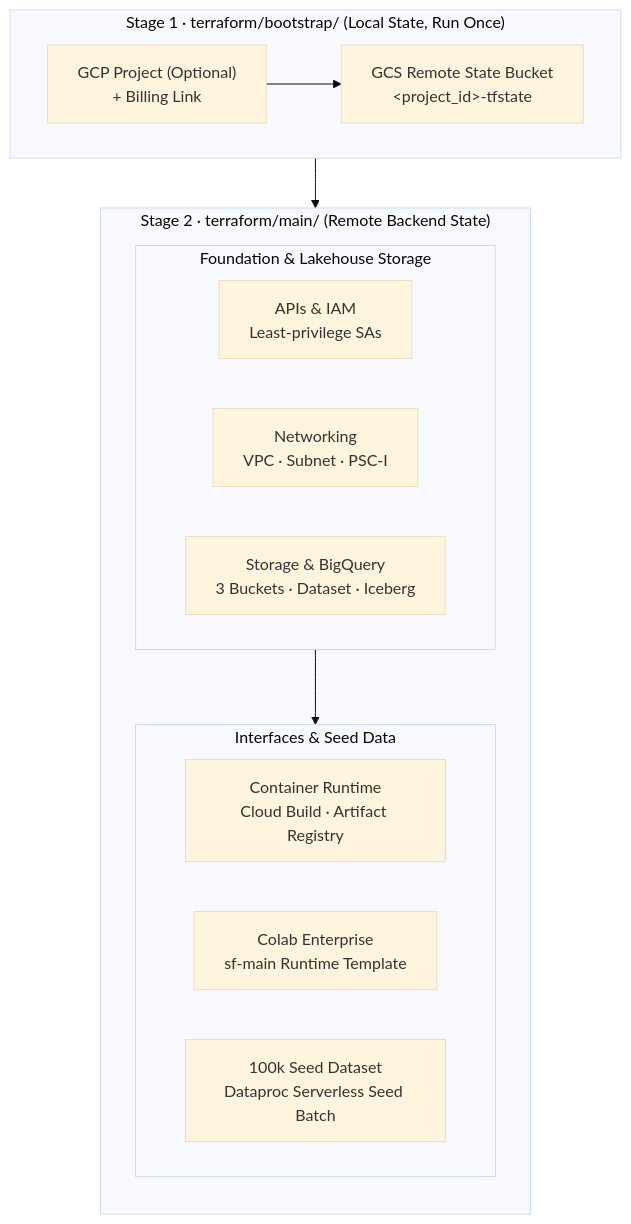
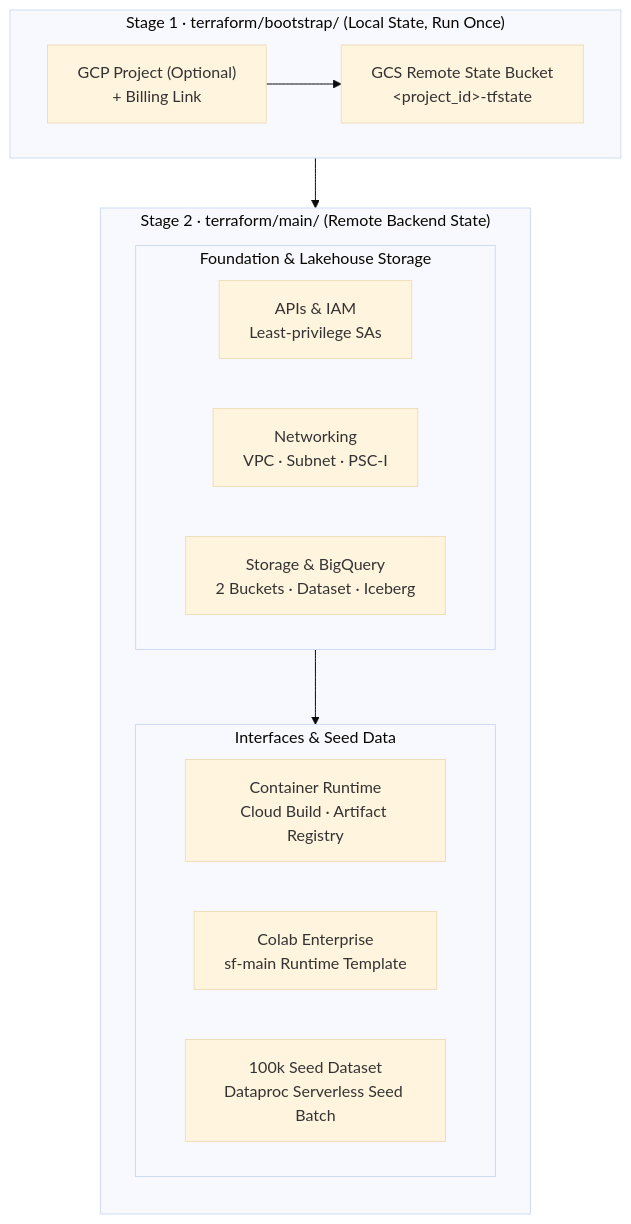
One commit to statmike/scale-forecasting changed the sixth of 6 diagrams in README.md. Above: the diagram before and after it, drawn with Mermaid (base theme). The commit also changed other lines of this file and 69 other files, not shown here.

````diff
--- a/README.md
+++ b/README.md
@@ -636,26 +646,26 @@
 ```mermaid
 flowchart TD
     subgraph Stage1["Stage 1 · terraform/bootstrap/ (Local State, Run Once)"]
         direction LR
         B1["GCP Project (Optional)<br/>+ Billing Link"] --> B2["GCS Remote State Bucket<br/>&lt;project_id&gt;-tfstate"]
     end
 
     subgraph Stage2["Stage 2 · terraform/main/ (Remote Backend State)"]
         direction TB
         subgraph Found["Foundation & Lakehouse Storage"]
             direction LR
             M1["APIs & IAM<br/>Least-privilege SAs"]
             M2["Networking<br/>VPC · Subnet · PSC-I"]
-            M3["Storage & BigQuery<br/>3 Buckets · Dataset · Iceberg"]
+            M3["Storage & BigQuery<br/>2 Buckets · Dataset · Iceberg"]
         end
         subgraph Runtimes["Interfaces & Seed Data"]
             direction LR
             M4["Container Runtime<br/>Cloud Build · Artifact Registry"]
             M5["Colab Enterprise<br/>sf-main Runtime Template"]
             M6["100k Seed Dataset<br/>Dataproc Serverless Seed Batch"]
         end
         Found --> Runtimes
     end
 
     Stage1 --> Stage2
 ```
````
